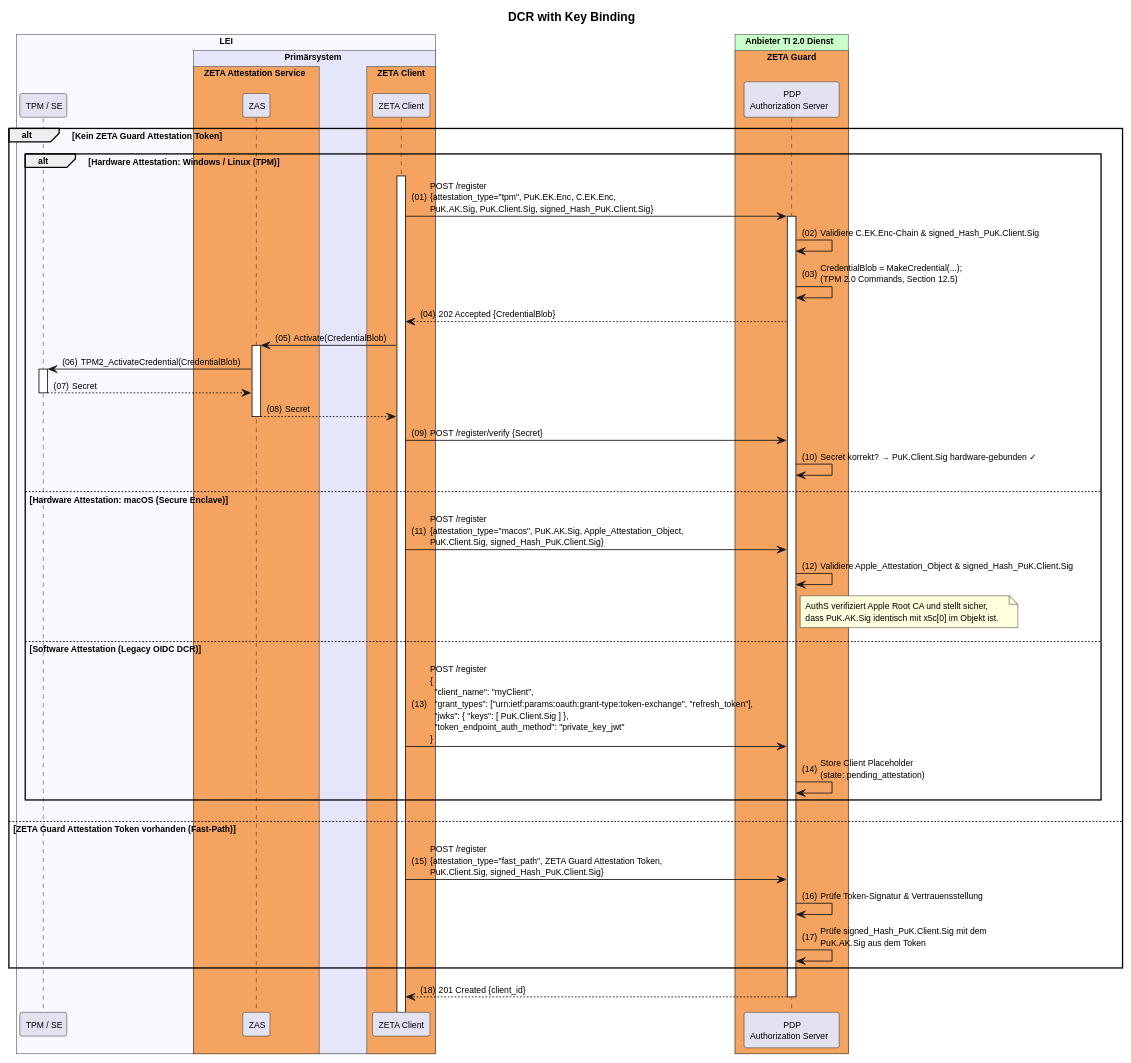
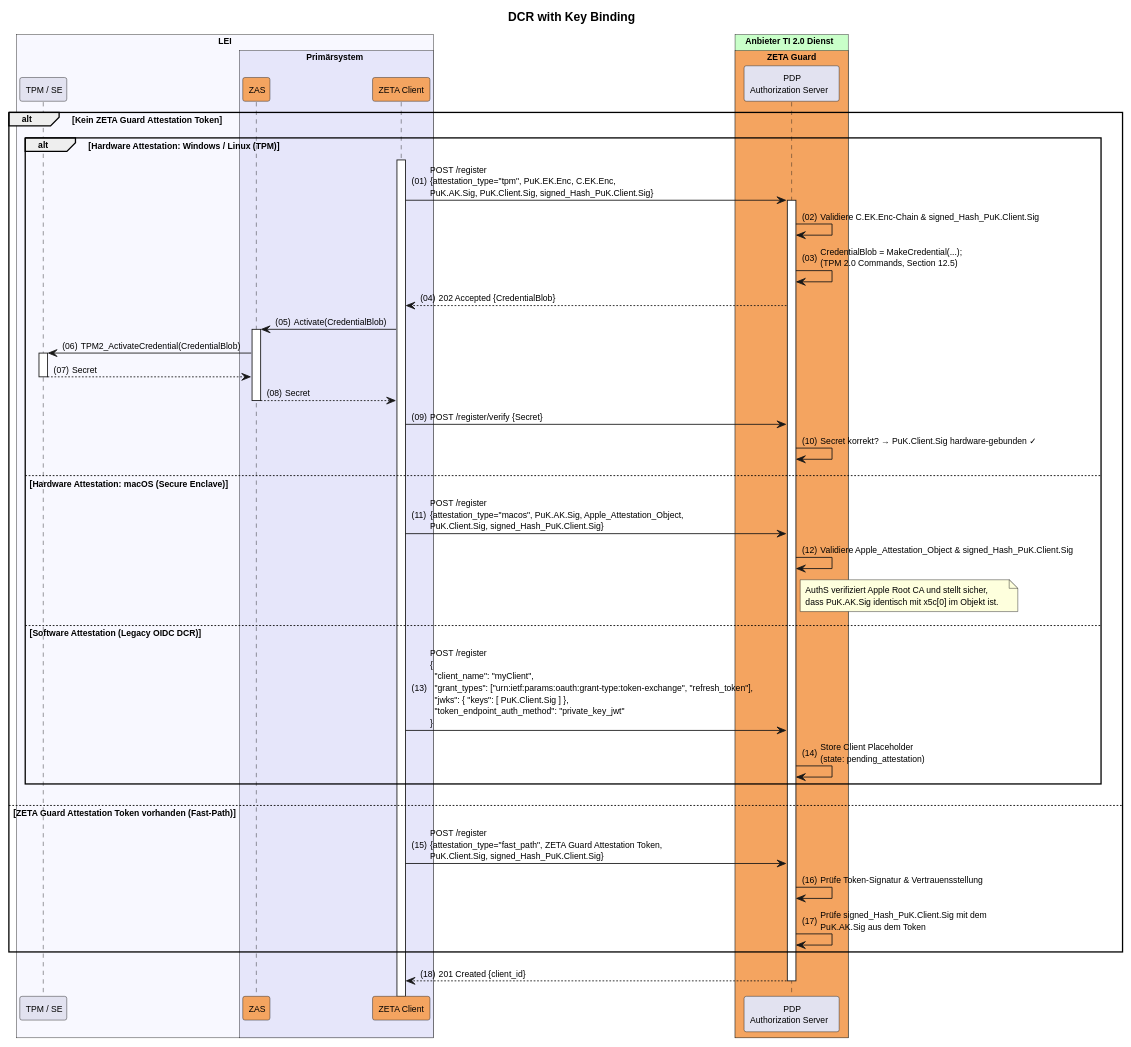
Before and after one commit to gematik/zeta: the diagram in src/plantuml/tmp/attestation-flows/dcr-with-key-binding.puml, drawn with PlantUML. The commit also changed 6 other files, not shown here.

Commit message:
refactor: simplify PlantUML participant styling by removing redundant nested boxes

```diff
--- a/src/plantuml/tmp/attestation-flows/dcr-with-key-binding.puml
+++ b/src/plantuml/tmp/attestation-flows/dcr-with-key-binding.puml
@@ -1,67 +1,63 @@
 @startuml "dcr-with-key-binding"
 autonumber "(00)"
 skinparam defaultFontSize 10
 skinparam defaultFontName Helvetica
 skinparam DefaultMonospacedFontName Courier
 skinparam lengthAdjust none
 skinparam sequenceReferenceBackgroundColor White
 skinparam SequenceReferenceFontSize 12
 skinparam sequenceMessageAlign left
 
 title DCR with Key Binding
 
 !pragma teoz true
 
 box "LEI" #GhostWhite
   participant "TPM / SE" as TPM
   box "Primärsystem" #Lavender
-    box "ZETA Attestation Service" #SandyBrown
-      participant ZAS as "ZAS"
-    end box
-    box "ZETA Client" #SandyBrown
-        participant Client as "ZETA Client"
-    end box    
-  end box
+      participant ZAS as "ZAS" #SandyBrown
+      participant Client as "ZETA Client" #SandyBrown
+ end box
 end box
 
 box "Anbieter TI 2.0 Dienst" #TECHNOLOGY
   box "ZETA Guard" #SandyBrown
     participant AuthS as "PDP\nAuthorization Server" 
   end box
 end box
 
 alt Kein ZETA Guard Attestation Token
     alt Hardware Attestation: Windows / Linux (TPM)
         Client++
         Client -> AuthS++: POST /register\n{attestation_type="tpm", PuK.EK.Enc, C.EK.Enc,\nPuK.AK.Sig, PuK.Client.Sig, signed_Hash_PuK.Client.Sig}
         AuthS -> AuthS: Validiere C.EK.Enc-Chain & signed_Hash_PuK.Client.Sig
         AuthS -> AuthS: CredentialBlob = MakeCredential(...);\n(TPM 2.0 Commands, Section 12.5)
         AuthS --> Client: 202 Accepted {CredentialBlob}
 
         Client -> ZAS++: Activate(CredentialBlob)
         ZAS -> TPM++: TPM2_ActivateCredential(CredentialBlob)
         TPM --> ZAS--: Secret
         ZAS --> Client--: Secret
 
         Client -> AuthS: POST /register/verify {Secret}
         AuthS -> AuthS: Secret korrekt? → PuK.Client.Sig hardware-gebunden ✓
 
     else Hardware Attestation: macOS (Secure Enclave)
         Client -> AuthS: POST /register\n{attestation_type="macos", PuK.AK.Sig, Apple_Attestation_Object,\nPuK.Client.Sig, signed_Hash_PuK.Client.Sig}
         AuthS -> AuthS: Validiere Apple_Attestation_Object & signed_Hash_PuK.Client.Sig
         note right of AuthS: AuthS verifiziert Apple Root CA und stellt sicher,\ndass PuK.AK.Sig identisch mit x5c[0] im Objekt ist.
 
     else Software Attestation (Legacy OIDC DCR)
         Client -> AuthS: POST /register\n{\n  "client_name": "myClient",\n  "grant_types": ["urn:ietf:params:oauth:grant-type:token-exchange", "refresh_token"],\n  "jwks": { "keys": [ PuK.Client.Sig ] },\n  "token_endpoint_auth_method": "private_key_jwt"\n}
         AuthS -> AuthS: Store Client Placeholder\n(state: pending_attestation)
     end
 
 else ZETA Guard Attestation Token vorhanden (Fast-Path)
     Client -> AuthS: POST /register\n{attestation_type="fast_path", ZETA Guard Attestation Token,\nPuK.Client.Sig, signed_Hash_PuK.Client.Sig}
     AuthS -> AuthS: Prüfe Token-Signatur & Vertrauensstellung
     AuthS -> AuthS: Prüfe signed_Hash_PuK.Client.Sig mit dem\nPuK.AK.Sig aus dem Token
 end
 
 AuthS --> Client--: 201 Created {client_id}
 
 @enduml
```
